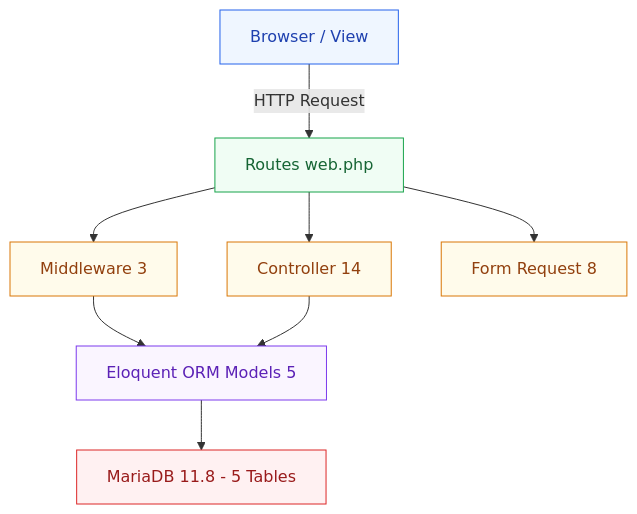
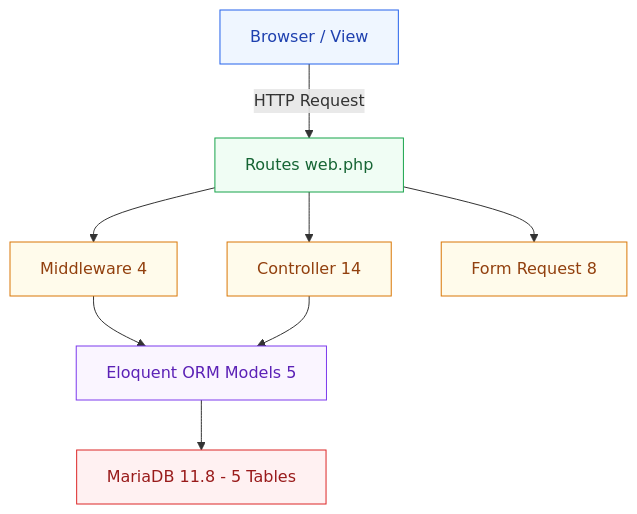
The ninth of 10 diagrams in README.md (CallMeJaja/sistem-manajemen-perpustakaan), drawn with Mermaid before and after one commit. The commit also changed other lines of this file, not shown here.

````diff
--- a/README.md
+++ b/README.md
@@ -676,18 +799,18 @@
 ```mermaid
 flowchart TD
     A[Browser / View] -->|HTTP Request| B[Routes web.php]
-    B --> C[Middleware 3]
+    B --> C[Middleware 4]
     B --> D[Controller 14]
     B --> E[Form Request 8]
     C --> F[Eloquent ORM Models 5]
     D --> F
     F --> G[MariaDB 11.8 - 5 Tables]
 
     style A fill:#eff6ff,stroke:#2563eb,color:#1e40af
     style B fill:#f0fdf4,stroke:#16a34a,color:#166534
     style C fill:#fffbeb,stroke:#d97706,color:#92400e
     style D fill:#fffbeb,stroke:#d97706,color:#92400e
     style E fill:#fffbeb,stroke:#d97706,color:#92400e
     style F fill:#faf5ff,stroke:#7c3aed,color:#5b21b6
     style G fill:#fff1f2,stroke:#dc2626,color:#991b1b
 ```
````
